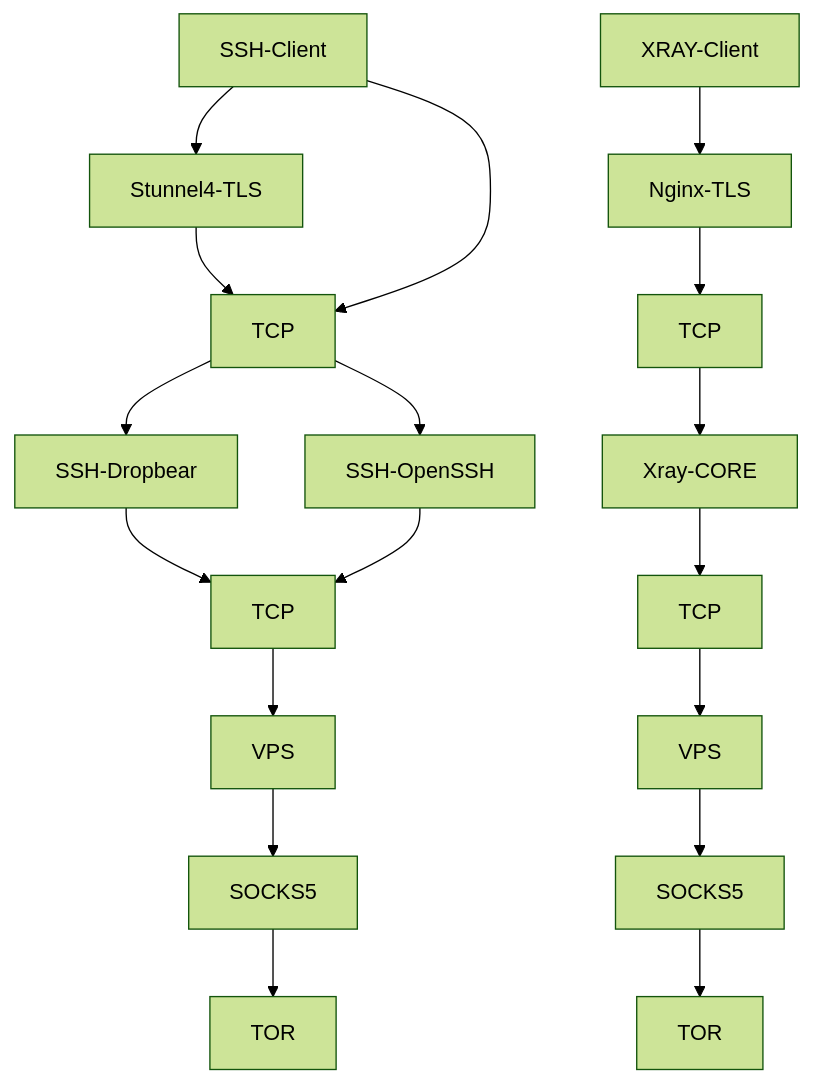
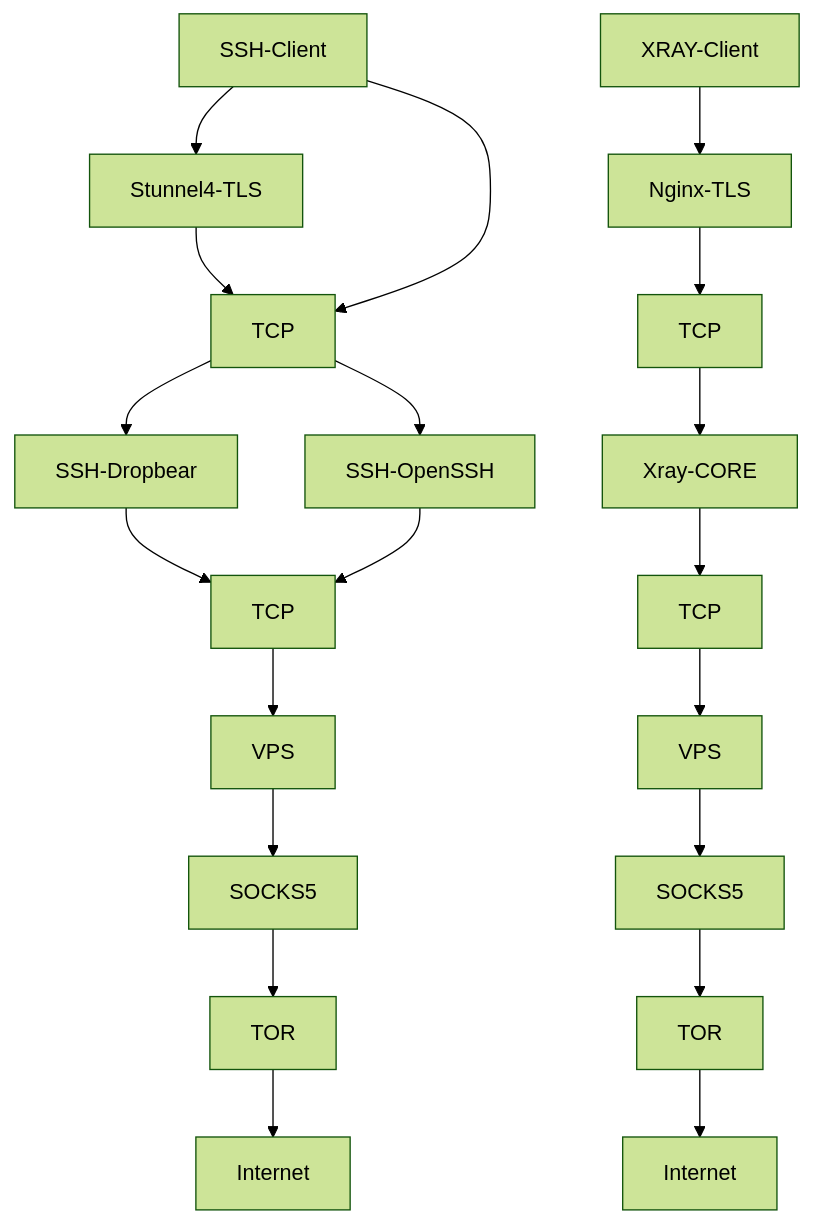
The diagram in ssh/tor.md (givps/AutoScriptXray), drawn with Mermaid (forest theme) before and after one commit.

````diff
--- a/ssh/tor.md
+++ b/ssh/tor.md
@@ -3,6 +3,6 @@
 ```mermaid
 graph TD;
-1[SSH-Client]-->2[Stunnel4-TLS]-->3[TCP]-->4[SSH-Dropbear]-->6[TCP]-->7[VPS]-->8[SOCKS5]-->9[TOR];
+1[SSH-Client]-->2[Stunnel4-TLS]-->3[TCP]-->4[SSH-Dropbear]-->6[TCP]-->7[VPS]-->8[SOCKS5]-->9[TOR]-->10[Internet];
 1[SSH-Client]-->3[TCP]-->5[SSH-OpenSSH]-->6[TCP];
-A[XRAY-Client]-->B[Nginx-TLS]-->C[TCP]-->D[Xray-CORE]-->E[TCP]-->F[VPS]-->G[SOCKS5]-->H[TOR];
+A[XRAY-Client]-->B[Nginx-TLS]-->C[TCP]-->D[Xray-CORE]-->E[TCP]-->F[VPS]-->G[SOCKS5]-->H[TOR]-->I[Internet];
 ```
````
